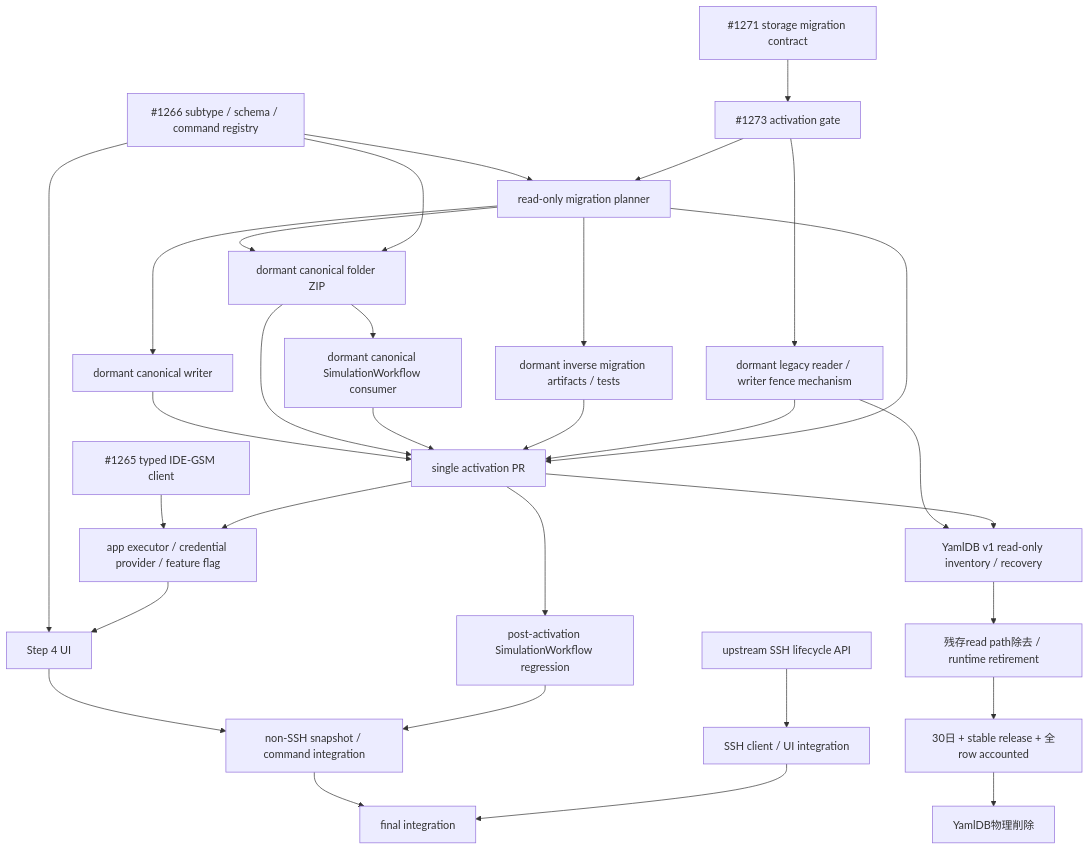
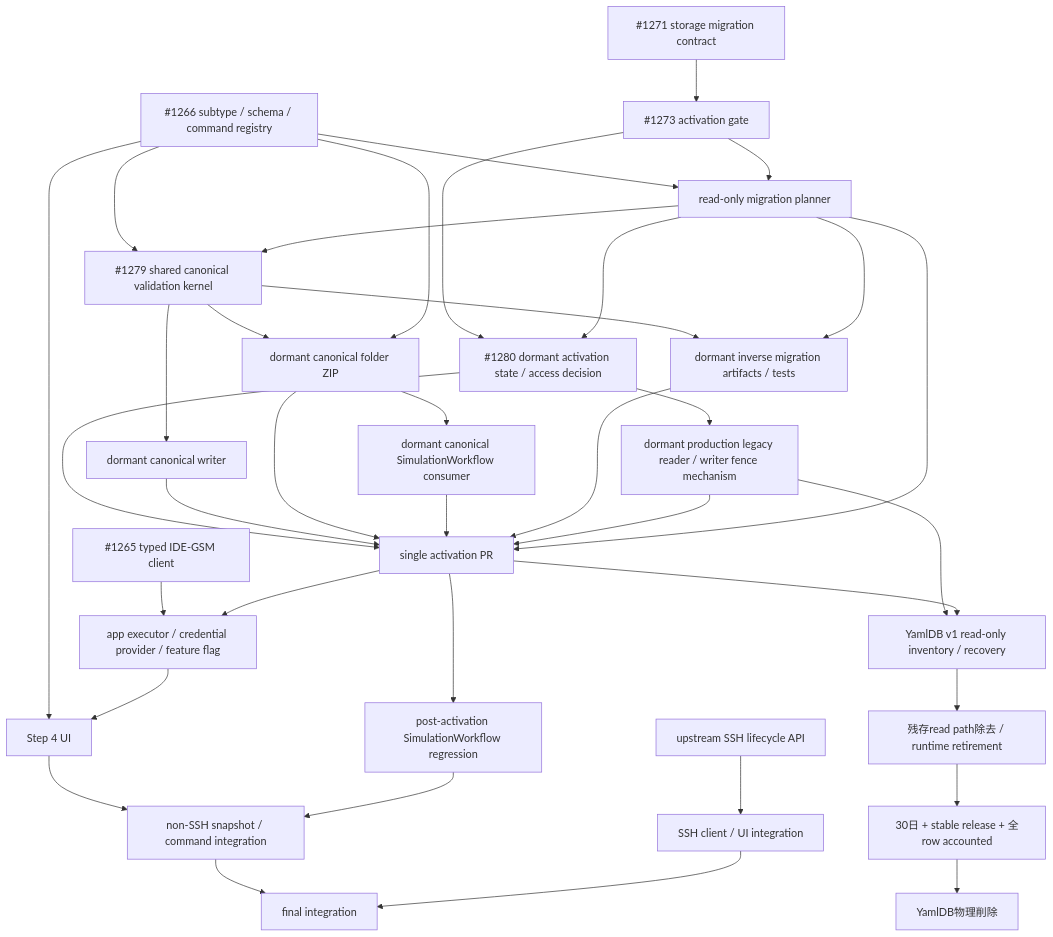
One commit to kubohiroya/hierarchidb changed the first of 2 diagrams in docs/yaml-plugin-ide-gsm-step4-spec.md. Above: the diagram before and after it, drawn with Mermaid. The commit also changed other lines of this file, not shown here.

Commit message:
docs(yaml): converge validation and activation DAGs

````diff
--- a/docs/yaml-plugin-ide-gsm-step4-spec.md
+++ b/docs/yaml-plugin-ide-gsm-step4-spec.md
@@ -358,35 +360,41 @@
 ```mermaid
 graph TD
   Registry["#1266 subtype / schema / command registry"] --> Planner["read-only migration planner"]
+  Registry --> Validation["#1279 shared canonical validation kernel"]
   Contract["#1271 storage migration contract"] --> ActivationContract["#1273 activation gate"]
   ActivationContract --> Planner
-  Planner --> DormantWriter["dormant canonical writer"]
-  Planner --> DormantSnapshotIO["dormant canonical folder ZIP"]
+  Planner --> Validation
+  Validation --> DormantWriter["dormant canonical writer"]
+  Validation --> DormantSnapshotIO["dormant canonical folder ZIP"]
   DormantSnapshotIO --> DormantSimulation["dormant canonical SimulationWorkflow consumer"]
+  Validation --> InverseArtifacts["dormant inverse migration artifacts / tests"]
   Planner --> InverseArtifacts["dormant inverse migration artifacts / tests"]
-  ActivationContract --> WriterFence["dormant legacy reader / writer fence mechanism"]
+  ActivationContract --> ActivationState["#1280 dormant activation state / access decision"]
+  Planner --> ActivationState
+  ActivationState --> WriterFence["dormant production legacy reader / writer fence mechanism"]
+  ActivationState --> Activation["single activation PR"]
   DormantWriter --> Activation["single activation PR"]
   DormantSnapshotIO --> Activation
   DormantSimulation --> Activation
   InverseArtifacts --> Activation
   WriterFence --> Activation
   Planner --> Activation
   Registry --> DormantSnapshotIO
   Registry --> Step4["Step 4 UI"]
   Client["#1265 typed IDE-GSM client"] --> Executor["app executor / credential provider / feature flag"]
   Activation --> Executor
   Executor --> Step4
   Activation --> SimulationRegression["post-activation SimulationWorkflow regression"]
   Step4 --> NonSshIntegration["non-SSH snapshot / command integration"]
   SimulationRegression --> NonSshIntegration
 
   WriterFence --> LegacyRecovery["YamlDB v1 read-only inventory / recovery"]
   Activation --> LegacyRecovery
   LegacyRecovery --> RemoveYamlReads["残存read path除去 / runtime retirement"]
   RemoveYamlReads --> RetentionGate["30日 + stable release + 全row accounted"]
   RetentionGate --> DeleteYamlDB["YamlDB物理削除"]
 
   UpstreamSsh["upstream SSH lifecycle API"] --> SshIntegration["SSH client / UI integration"]
   NonSshIntegration --> FinalIntegration["final integration"]
   SshIntegration --> FinalIntegration
 ```
````
